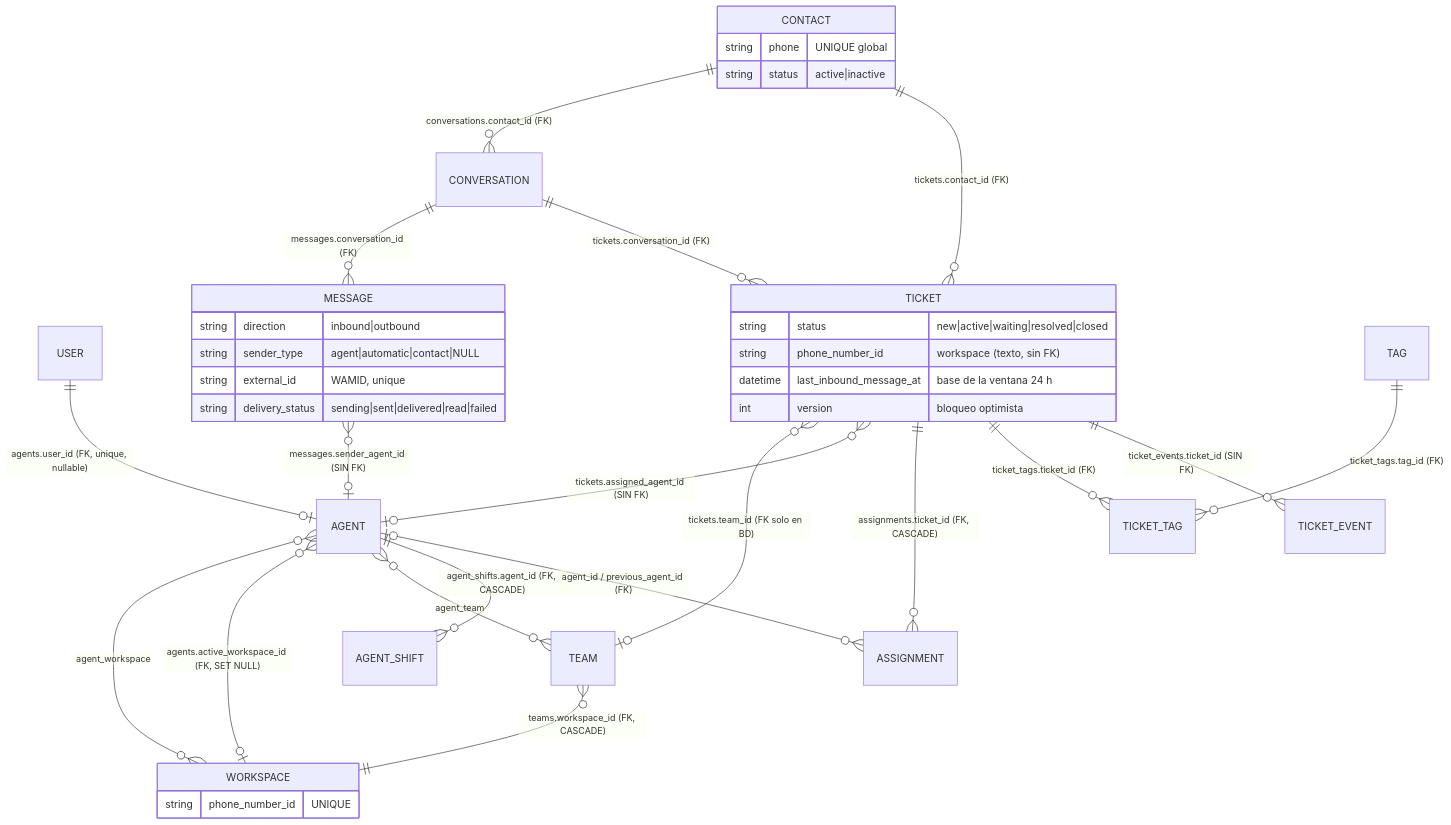
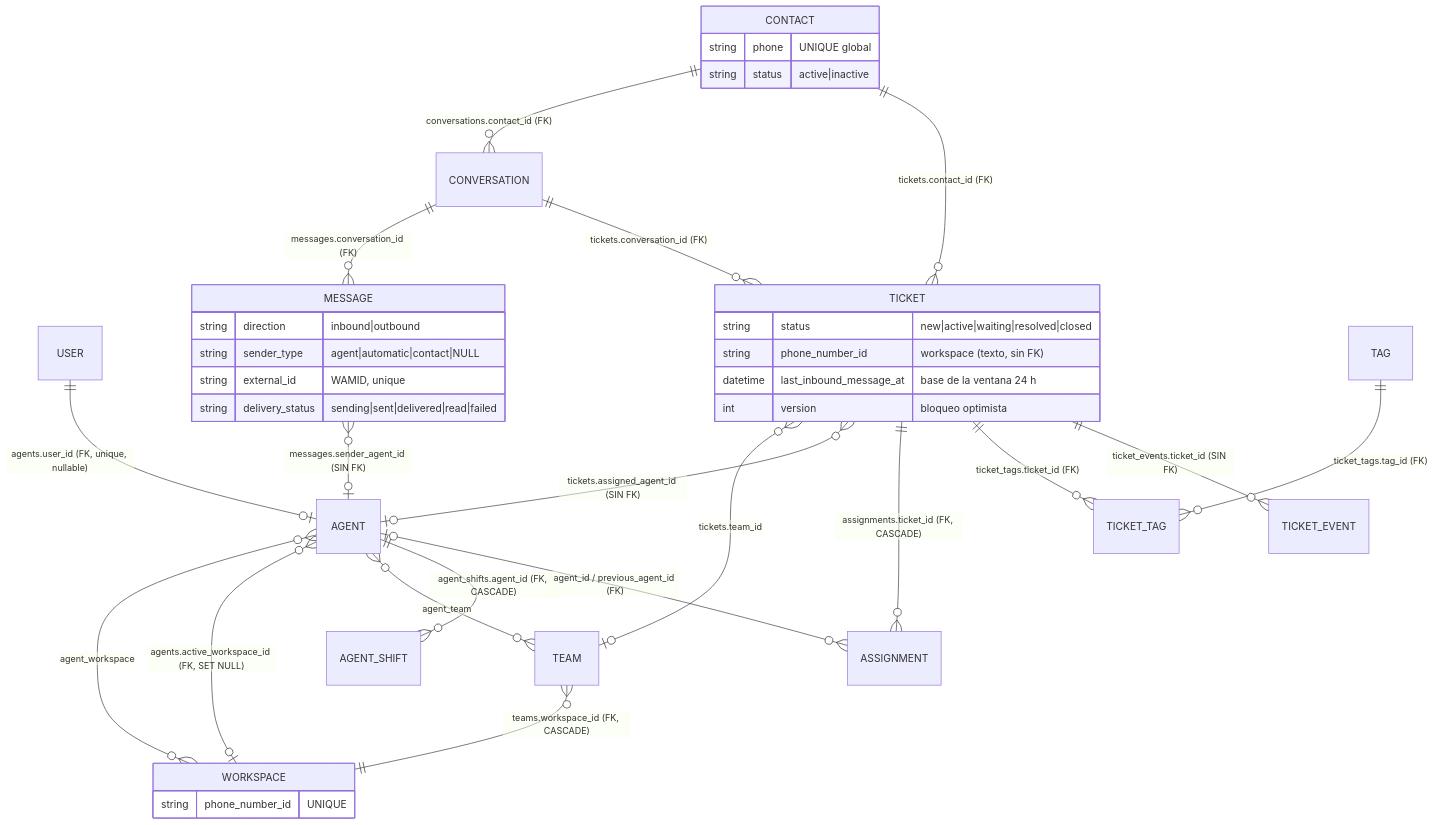
Before and after one commit to giannizeniquel/inbiox: the diagram in docs/02_sistema-actual/03-modelo-de-dominio.md, drawn with Mermaid. The commit also changed other lines of this file and 27 other files, not shown here.

First line of the commit message:
refactor(api): pin persisted column names and map the schema the migrations create

````diff
--- a/docs/02_sistema-actual/03-modelo-de-dominio.md
+++ b/docs/02_sistema-actual/03-modelo-de-dominio.md
@@ -32,41 +32,41 @@
 ```mermaid
 erDiagram
     USER ||--o| AGENT : "agents.user_id (FK, unique, nullable)"
     AGENT }o--o{ WORKSPACE : "agent_workspace"
     AGENT }o--o| WORKSPACE : "agents.active_workspace_id (FK, SET NULL)"
     TEAM }o--|| WORKSPACE : "teams.workspace_id (FK, CASCADE)"
     AGENT }o--o{ TEAM : "agent_team"
     AGENT ||--o{ AGENT_SHIFT : "agent_shifts.agent_id (FK, CASCADE)"
     CONTACT ||--o{ CONVERSATION : "conversations.contact_id (FK)"
     CONVERSATION ||--o{ MESSAGE : "messages.conversation_id (FK)"
     CONTACT ||--o{ TICKET : "tickets.contact_id (FK)"
     CONVERSATION ||--o{ TICKET : "tickets.conversation_id (FK)"
-    TICKET }o--o| TEAM : "tickets.team_id (FK solo en BD)"
+    TICKET }o--o| TEAM : "tickets.team_id"
     TICKET }o--o| AGENT : "tickets.assigned_agent_id (SIN FK)"
     MESSAGE }o--o| AGENT : "messages.sender_agent_id (SIN FK)"
     TICKET ||--o{ ASSIGNMENT : "assignments.ticket_id (FK, CASCADE)"
     AGENT |o--o{ ASSIGNMENT : "agent_id / previous_agent_id (FK)"
     TICKET ||--o{ TICKET_TAG : "ticket_tags.ticket_id (FK)"
     TAG ||--o{ TICKET_TAG : "ticket_tags.tag_id (FK)"
     TICKET ||--o{ TICKET_EVENT : "ticket_events.ticket_id (SIN FK)"
 
     TICKET {
         string status "new|active|waiting|resolved|closed"
         string phone_number_id "workspace (texto, sin FK)"
         datetime last_inbound_message_at "base de la ventana 24 h"
         int version "bloqueo optimista"
     }
     MESSAGE {
         string direction "inbound|outbound"
         string sender_type "agent|automatic|contact|NULL"
         string external_id "WAMID, unique"
         string delivery_status "sending|sent|delivered|read|failed"
     }
     CONTACT {
         string phone "UNIQUE global"
         string status "active|inactive"
     }
     WORKSPACE {
         string phone_number_id "UNIQUE"
     }
 ```
````
